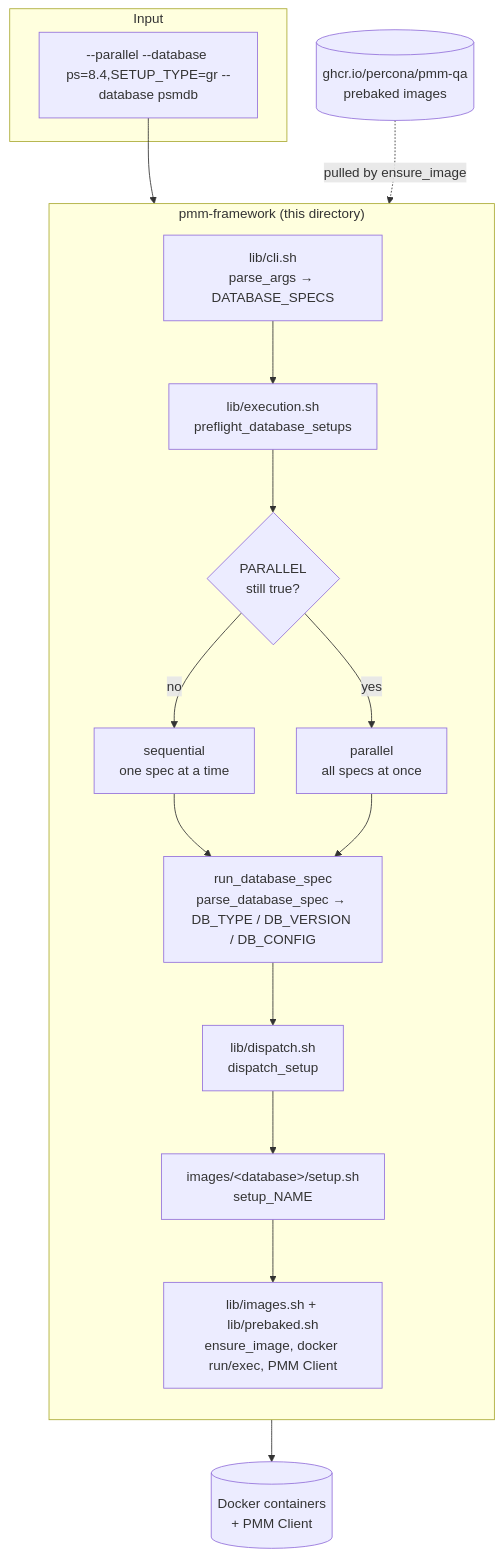
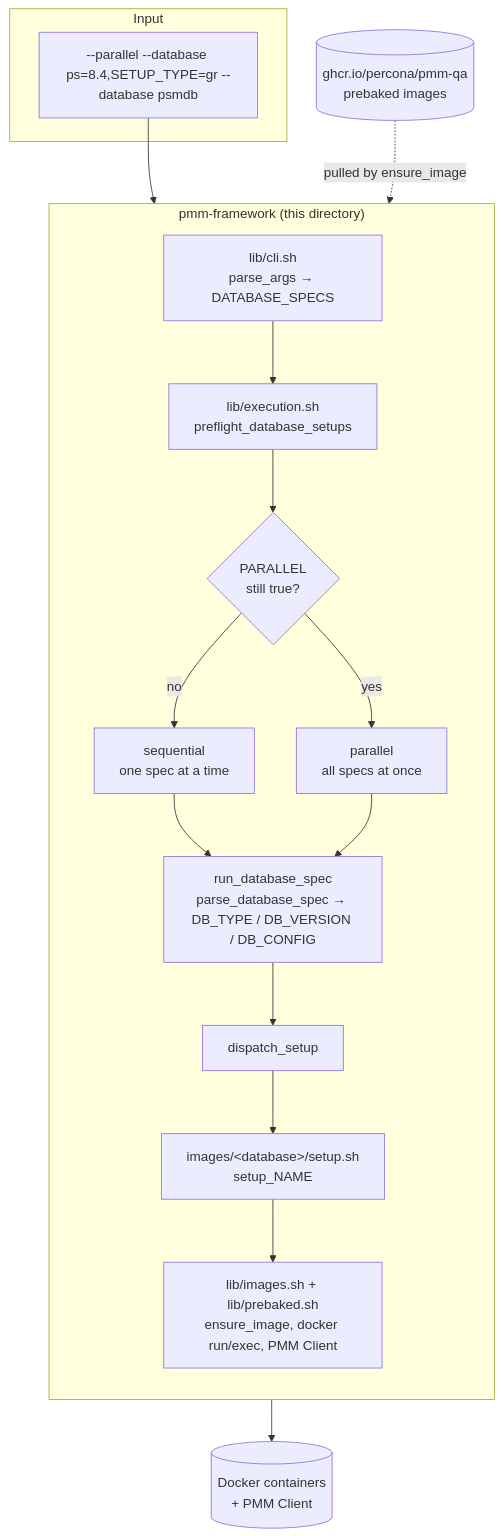
The first of 3 diagrams in qa-integration/pmm_qa/pmm-framework/ARCHITECTURE.md (percona/pmm-qa), drawn with Mermaid before and after one commit. The commit also changed other lines of this file and 38 other files, not shown here.

````diff
--- a/qa-integration/pmm_qa/pmm-framework/ARCHITECTURE.md
+++ b/qa-integration/pmm_qa/pmm-framework/ARCHITECTURE.md
@@ -16,28 +16,28 @@
 ```mermaid
 flowchart TB
     subgraph CLI["Input"]
         ARGS["--parallel --database ps=8.4,SETUP_TYPE=gr --database psmdb"]
     end
 
     subgraph FW["pmm-framework (this directory)"]
         direction TB
         PARSE["lib/cli.sh<br/>parse_args → DATABASE_SPECS"]
         PRE["lib/execution.sh<br/>preflight_database_setups"]
         STRAT{"PARALLEL<br/>still true?"}
         SEQ["sequential<br/>one spec at a time"]
         PAR["parallel<br/>all specs at once"]
         SPEC["run_database_spec<br/>parse_database_spec → DB_TYPE / DB_VERSION / DB_CONFIG"]
-        DISP["lib/dispatch.sh<br/>dispatch_setup"]
+        DISP["dispatch_setup"]
         SETUP["images/&lt;database&gt;/setup.sh<br/>setup_NAME"]
         DK["lib/images.sh + lib/prebaked.sh<br/>ensure_image, docker run/exec, PMM Client"]
     end
 
     GHCR[("ghcr.io/percona/pmm-qa<br/>prebaked images")]
     DOCKER[("Docker containers<br/>+ PMM Client")]
 
     ARGS --> PARSE --> PRE --> STRAT
     STRAT -- no --> SEQ --> SPEC
     STRAT -- yes --> PAR --> SPEC
     SPEC --> DISP --> SETUP --> DK --> DOCKER
     GHCR -. pulled by ensure_image .-> DK
 ```
````
